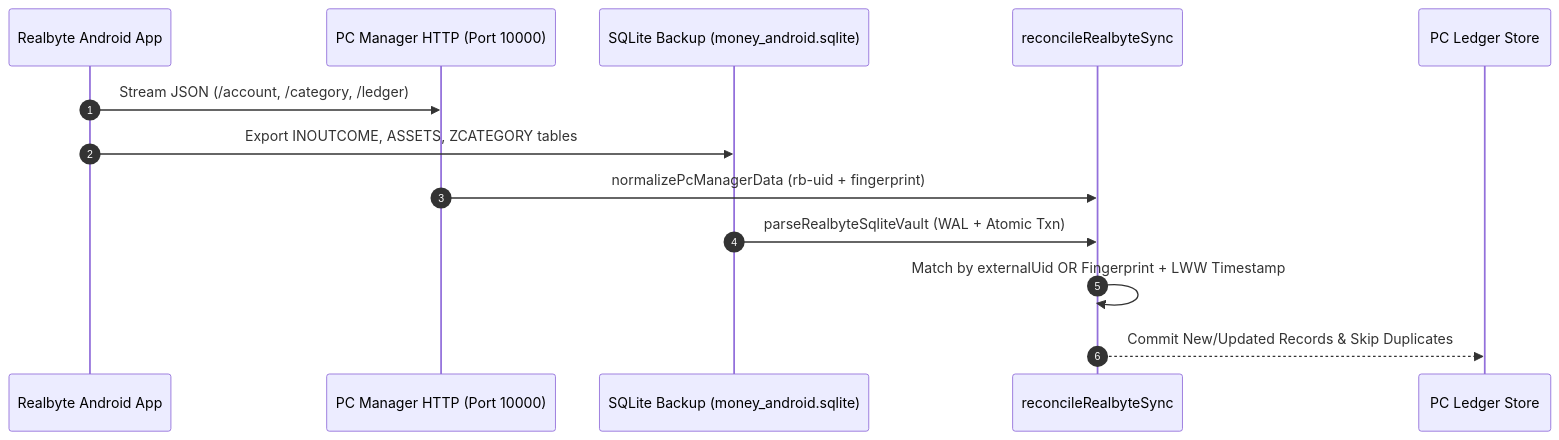
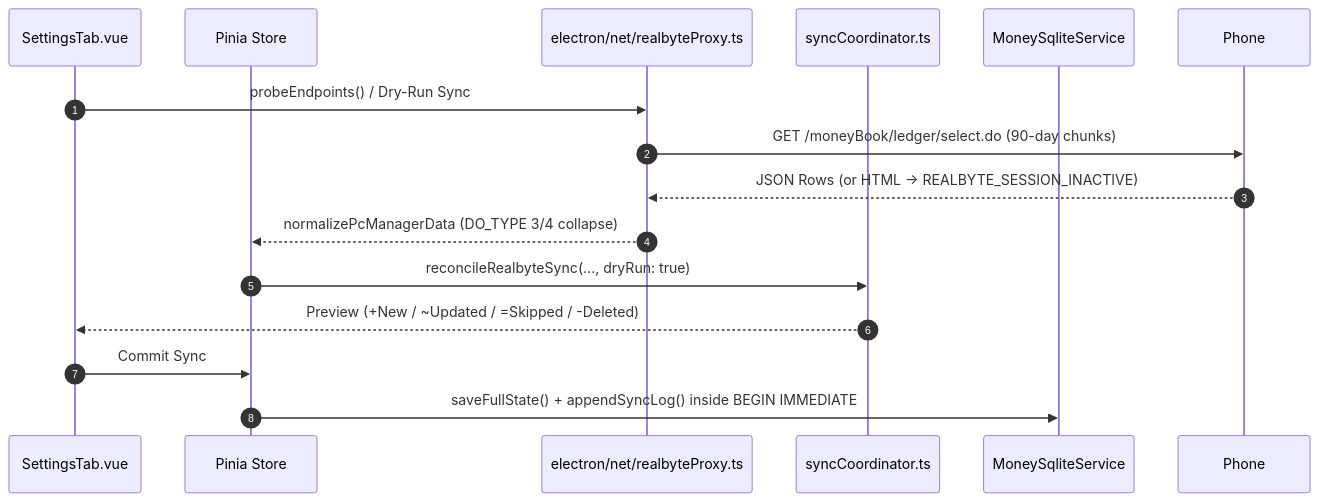
Before and after one commit to Mostakim2005/money-manager: the second of 2 diagrams in docs/ARCHITECTURE.md, drawn with Mermaid. The commit also changed other lines of this file and 105 other files, not shown here.

Commit message:
feat(electron,ui,sync): complete Batches 2-5 Electron SQLite WAL engine, Realbyte proxy, desktop UI, power modules, CI and docs

````diff
--- a/docs/ARCHITECTURE.md
+++ b/docs/ARCHITECTURE.md
@@ -127,16 +81,18 @@
 ```mermaid
 sequenceDiagram
     autonumber
-    participant Phone as Realbyte Android App
-    participant Wifi as PC Manager HTTP (Port 10000)
-    participant Vault as SQLite Backup (money_android.sqlite)
-    participant Reconciler as reconcileRealbyteSync
-    participant Store as PC Ledger Store
+    participant UI as SettingsTab.vue
+    participant Store as Pinia Store
+    participant Proxy as electron/net/realbyteProxy.ts
+    participant Reconciler as syncCoordinator.ts
+    participant DB as MoneySqliteService
 
-    Phone->>Wifi: Stream JSON (/account, /category, /ledger)
-    Phone->>Vault: Export INOUTCOME, ASSETS, ZCATEGORY tables
-    Wifi->>Reconciler: normalizePcManagerData (rb-uid + fingerprint)
-    Vault->>Reconciler: parseRealbyteSqliteVault (WAL + Atomic Txn)
-    Reconciler->>Reconciler: Match by externalUid OR Fingerprint + LWW Timestamp
-    Reconciler-->>Store: Commit New/Updated Records & Skip Duplicates
+    UI->>Proxy: probeEndpoints() / Dry-Run Sync
+    Proxy->>Phone: GET /moneyBook/ledger/select.do (90-day chunks)
+    Phone-->>Proxy: JSON Rows (or HTML -> REALBYTE_SESSION_INACTIVE)
+    Proxy-->>Store: normalizePcManagerData (DO_TYPE 3/4 collapse)
+    Store->>Reconciler: reconcileRealbyteSync(..., dryRun: true)
+    Reconciler-->>UI: Preview (+New / ~Updated / =Skipped / -Deleted)
+    UI->>Store: Commit Sync
+    Store->>DB: saveFullState() + appendSyncLog() inside BEGIN IMMEDIATE
 ```
````
